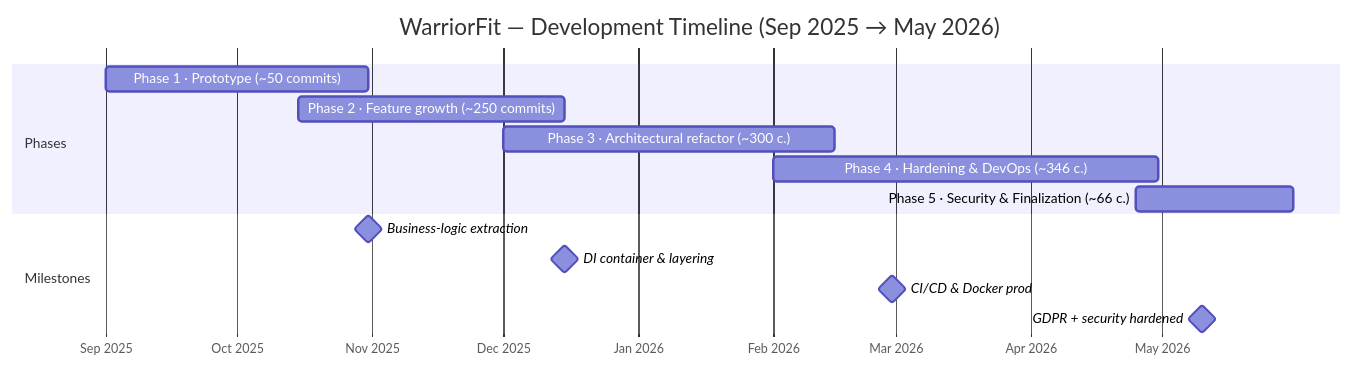
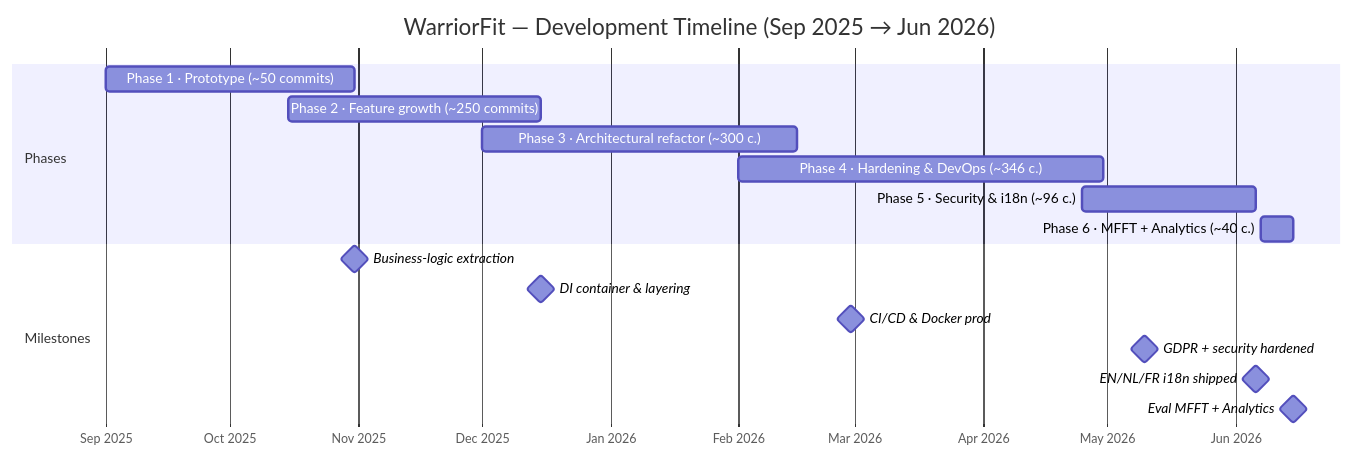
The first of 3 diagrams in Readme.md (BenoitGoethals/WarriorFit), drawn with Mermaid before and after one commit. The commit also changed other lines of this file and 4 other files, not shown here.

First line of the commit message:
docs: update evolution timeline with MFFT Eval and Test Analytics integration

````diff
--- a/Readme.md
+++ b/Readme.md
@@ -125,19 +138,22 @@
 ```mermaid
 gantt
-    title WarriorFit — Development Timeline (Sep 2025 → May 2026)
+    title WarriorFit — Development Timeline (Sep 2025 → Jun 2026)
     dateFormat  YYYY-MM-DD
     axisFormat  %b %Y
 
     section Phases
-    Phase 1 · Prototype (~50 commits)            :p1, 2025-09-01, 2025-10-31
-    Phase 2 · Feature growth (~250 commits)      :p2, 2025-10-15, 2025-12-15
-    Phase 3 · Architectural refactor (~300 c.)   :p3, 2025-12-01, 2026-02-15
-    Phase 4 · Hardening & DevOps (~346 c.)       :p4, 2026-02-01, 2026-04-30
-    Phase 5 · Security & Finalization (~66 c.)   :p5, 2026-04-25, 2026-05-31
+    Phase 1 · Prototype (~50 commits)              :p1, 2025-09-01, 2025-10-31
+    Phase 2 · Feature growth (~250 commits)        :p2, 2025-10-15, 2025-12-15
+    Phase 3 · Architectural refactor (~300 c.)     :p3, 2025-12-01, 2026-02-15
+    Phase 4 · Hardening & DevOps (~346 c.)         :p4, 2026-02-01, 2026-04-30
+    Phase 5 · Security & i18n (~96 c.)             :p5, 2026-04-25, 2026-06-06
+    Phase 6 · MFFT + Analytics (~40 c.)            :p6, 2026-06-07, 2026-06-15
 
     section Milestones
     Business-logic extraction   :milestone, 2025-10-31, 0d
     DI container & layering     :milestone, 2025-12-15, 0d
     CI/CD & Docker prod         :milestone, 2026-02-28, 0d
     GDPR + security hardened    :milestone, 2026-05-10, 0d
+    EN/NL/FR i18n shipped       :milestone, 2026-06-06, 0d
+    Eval MFFT + Analytics       :milestone, 2026-06-15, 0d
 ```
````
